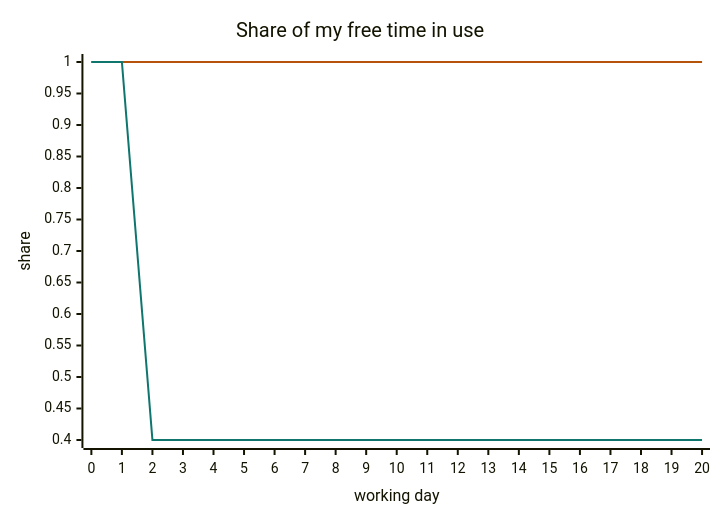
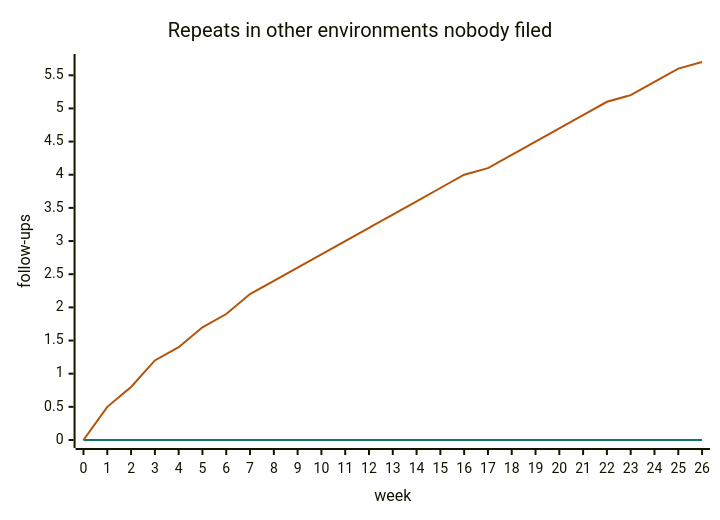
One commit to danroblewis/orchestra changed diagram 16 of 38 in docs/user-story-diagrams.md. Above: the diagram before and after it, drawn with Mermaid. The commit also changed other lines of this file and 30 other files, not shown here.

````diff
--- a/docs/user-story-diagrams.md
+++ b/docs/user-story-diagrams.md
@@ -564,14 +611,14 @@
 ```mermaid
 ---
 config:
   themeVariables:
     xyChart:
-      plotColorPalette: "#b45309, #0f766e"
+      plotColorPalette: "#0f766e, #b45309"
 ---
 xychart-beta
-  title "Share of my free time in use"
-  x-axis "working day" [0, 1, 2, 3, 4, 5, 6, 7, 8, 9, 10, 11, 12, 13, 14, 15, 16, 17, 18, 19, 20]
-  y-axis "share"
-  line [1.0, 1.0, 1.0, 1.0, 1.0, 1.0, 1.0, 1.0, 1.0, 1.0, 1.0, 1.0, 1.0, 1.0, 1.0, 1.0, 1.0, 1.0, 1.0, 1.0, 1.0]
-  line [1.0, 1.0, 0.4, 0.4, 0.4, 0.4, 0.4, 0.4, 0.4, 0.4, 0.4, 0.4, 0.4, 0.4, 0.4, 0.4, 0.4, 0.4, 0.4, 0.4, 0.4]
+  title "Repeats in other environments nobody filed"
+  x-axis "week" [0, 1, 2, 3, 4, 5, 6, 7, 8, 9, 10, 11, 12, 13, 14, 15, 16, 17, 18, 19, 20, 21, 22, 23, 24, 25, 26]
+  y-axis "follow-ups"
+  line [0.0, 0.0, 0.0, 0.0, 0.0, 0.0, 0.0, 0.0, 0.0, 0.0, 0.0, 0.0, 0.0, 0.0, 0.0, 0.0, 0.0, 0.0, 0.0, 0.0, 0.0, 0.0, 0.0, 0.0, 0.0, 0.0, 0.0]
+  line [0.0, 0.5, 0.8, 1.2, 1.4, 1.7, 1.9, 2.2, 2.4, 2.6, 2.8, 3.0, 3.2, 3.4, 3.6, 3.8, 4.0, 4.1, 4.3, 4.5, 4.7, 4.9, 5.1, 5.2, 5.4, 5.6, 5.7]
 ```
````
